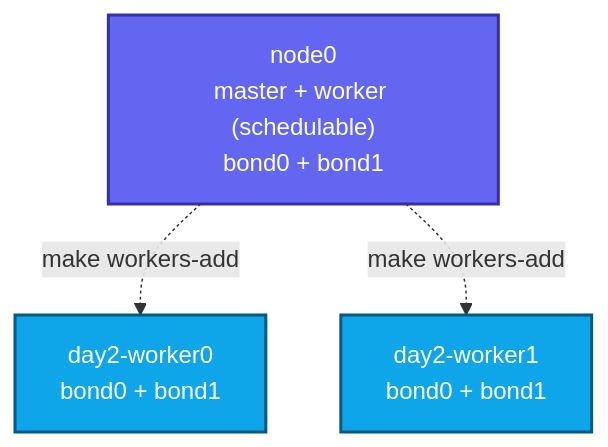
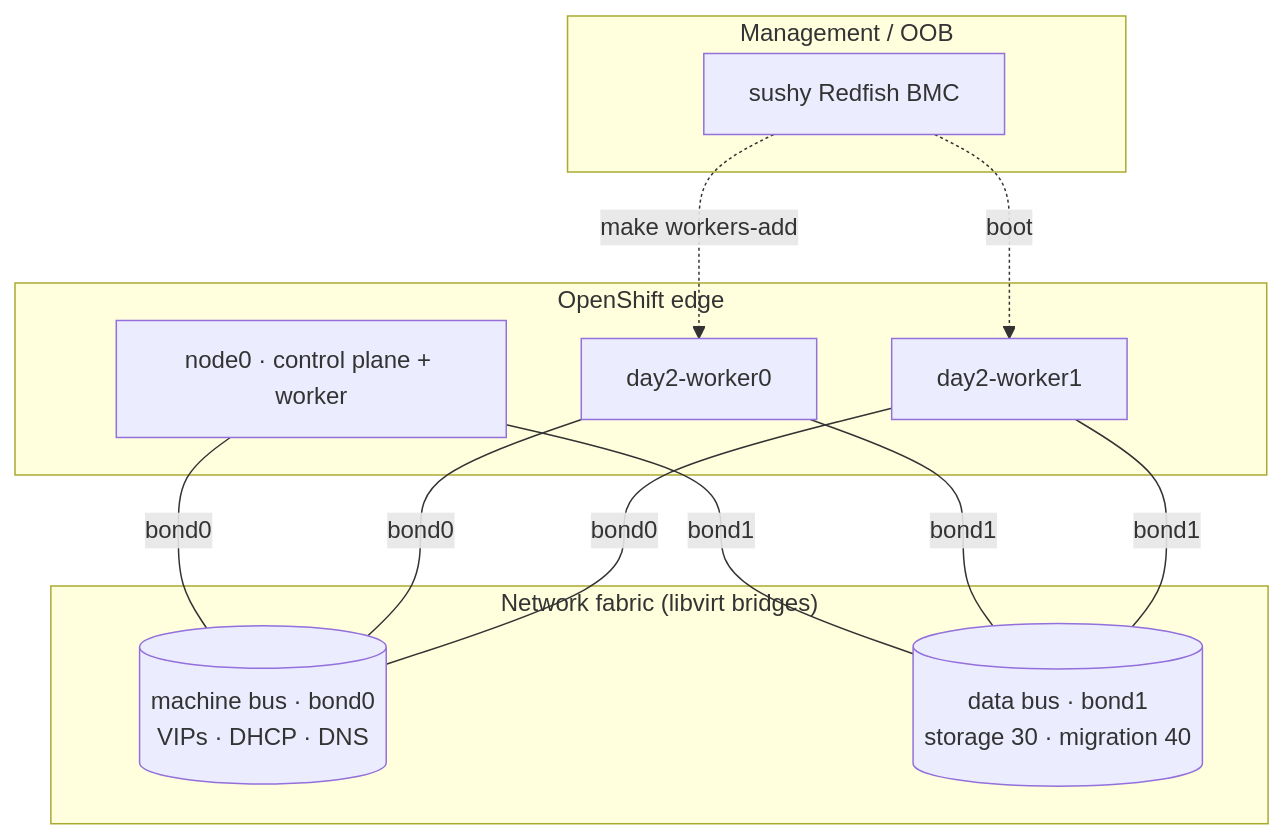
One commit to maci0/vmetal-openshift changed the sixth of 10 diagrams in docs/architecture.md. Above: the diagram before and after it, drawn with Mermaid. The commit also changed other lines of this file and 1 other file, not shown here.

First line of the commit message:
docs: redo topology diagrams as clean layered reference architectures

````diff
--- a/docs/architecture.md
+++ b/docs/architecture.md
@@ -242,12 +228,23 @@
 ```mermaid
 flowchart TB
-  e0["node0<br/>master + worker (schedulable)<br/>bond0 + bond1"]
-  ew0["day2-worker0<br/>bond0 + bond1"]
-  ew1["day2-worker1<br/>bond0 + bond1"]
-  e0 -. "make workers-add" .-> ew0
-  e0 -. "make workers-add" .-> ew1
-  classDef m fill:#6366f1,stroke:#3730a3,color:#fff,stroke-width:2px;
-  classDef w fill:#0ea5e9,stroke:#075985,color:#fff,stroke-width:2px;
-  class e0 m;
-  class ew0,ew1 w;
+  subgraph mgmt["Management / OOB"]
+    sushy["sushy Redfish BMC"]
+  end
+  subgraph cluster["OpenShift edge"]
+    n0["node0 · control plane + worker"]
+    w0["day2-worker0"]
+    w1["day2-worker1"]
+  end
+  subgraph fabric["Network fabric (libvirt bridges)"]
+    mach[("machine bus · bond0<br/>VIPs · DHCP · DNS")]
+    data[("data bus · bond1<br/>storage 30 · migration 40")]
+  end
+  sushy -. "make workers-add" .-> w0
+  sushy -. boot .-> w1
+  n0 -- bond0 --- mach
+  w0 -- bond0 --- mach
+  w1 -- bond0 --- mach
+  n0 -- bond1 --- data
+  w0 -- bond1 --- data
+  w1 -- bond1 --- data
 ```
````
